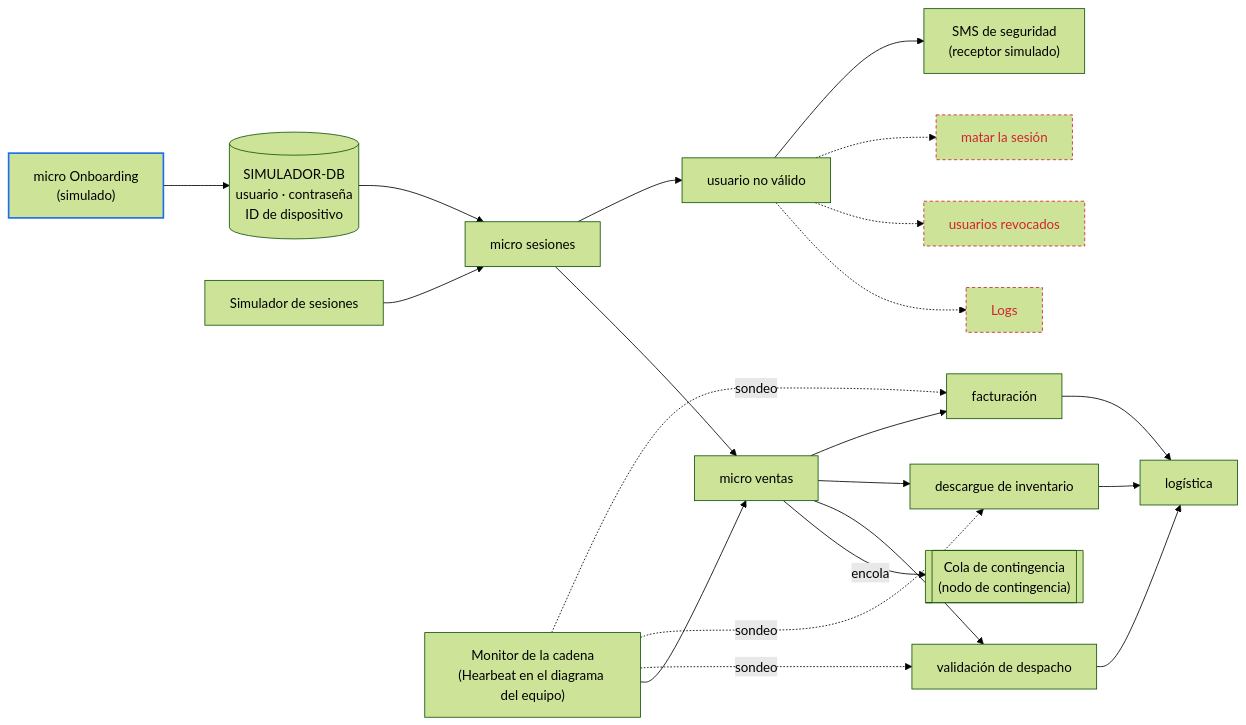
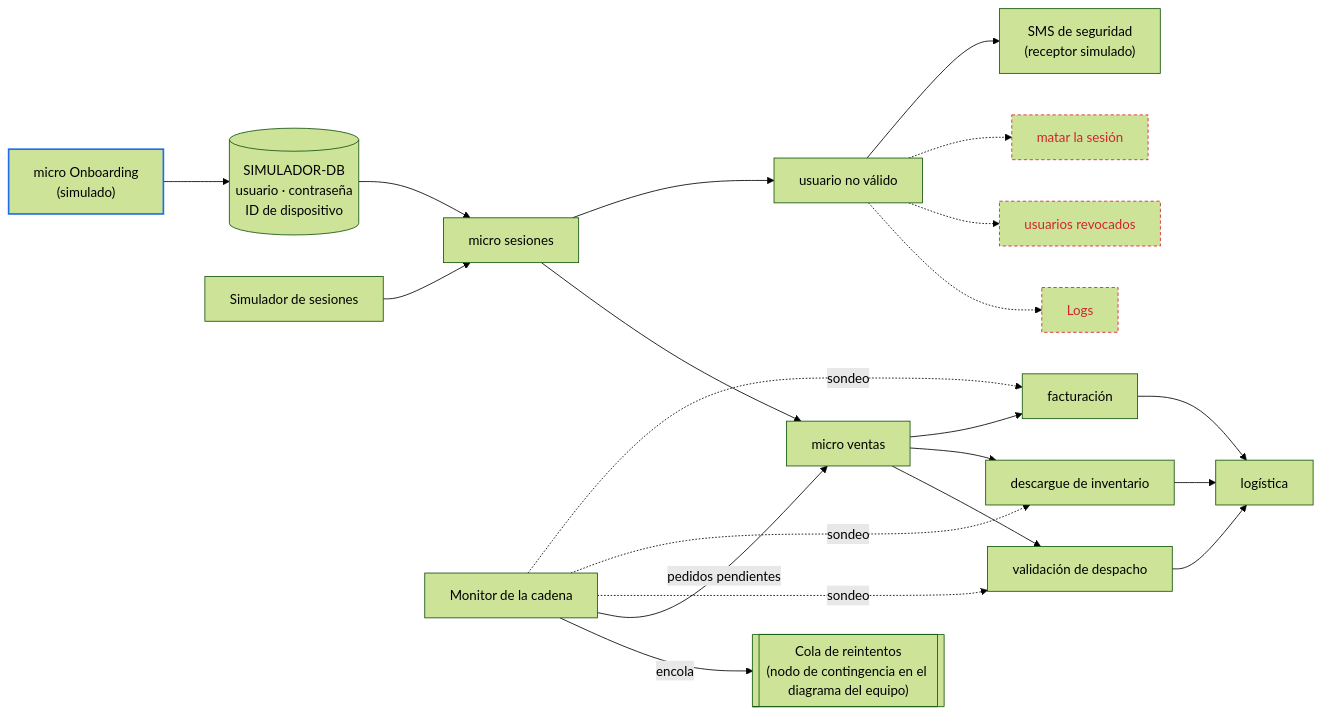
The diagram in docs/experiments.md (MATI-MBIT/arqsoft-reto-2), drawn with Mermaid (forest theme) before and after one commit. The commit also changed other lines of this file and 1 other file, not shown here.

First line of the commit message:
Alinea H2 con los ADR y aclara medición y esfuerzo del experimento E01

````diff
--- a/docs/experiments.md
+++ b/docs/experiments.md
@@ -172,27 +171,27 @@
 ```mermaid
 flowchart LR
     ONB["micro Onboarding<br/>(simulado)"] --> DB[("SIMULADOR-DB<br/>usuario · contraseña<br/>ID de dispositivo")]
     SIM["Simulador de sesiones"] --> SES["micro sesiones"]
     DB --> SES
     SES --> UNV["usuario no válido"]
     UNV --> SMS["SMS de seguridad<br/>(receptor simulado)"]
     SES --> VEN["micro ventas"]
     VEN --> FAC["facturación"]
     VEN --> INV["descargue de inventario"]
     VEN --> DES["validación de despacho"]
     FAC --> LOG["logística"]
     INV --> LOG
     DES --> LOG
-    HB["Monitor de la cadena<br/>(Hearbeat en el diagrama del equipo)"] -. sondeo .-> FAC
+    HB["Monitor de la cadena"] -. sondeo .-> FAC
     HB -. sondeo .-> INV
     HB -. sondeo .-> DES
-    HB --> VEN
-    VEN -- encola --> NC[["Cola de contingencia<br/>(nodo de contingencia)"]]
+    HB -- pedidos pendientes --> VEN
+    HB -- encola --> NC[["Cola de reintentos<br/>(nodo de contingencia en el diagrama del equipo)"]]
     UNV -.-> KILL["matar la sesión"]
     UNV -.-> REV["usuarios revocados"]
     UNV -.-> LOGS["Logs"]
     classDef simulado stroke:#1f6feb,stroke-width:2px
     classDef fuera stroke:#d1242f,stroke-dasharray:4 3,color:#d1242f
     class ONB simulado
     class KILL,REV,LOGS fuera
 ```
````
